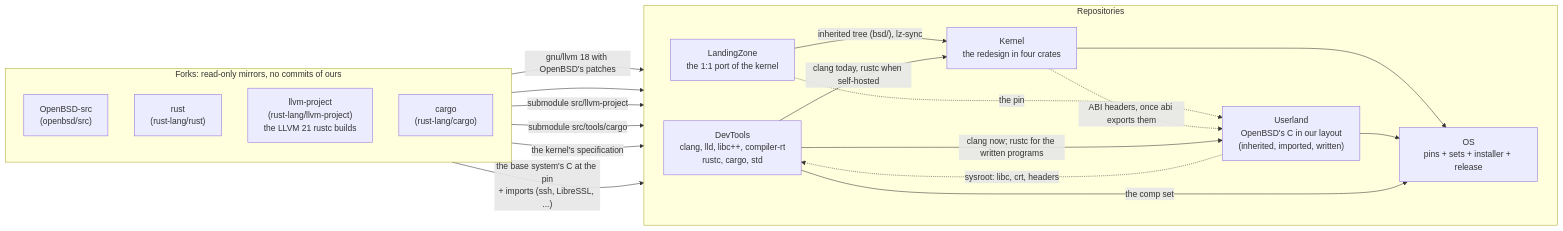
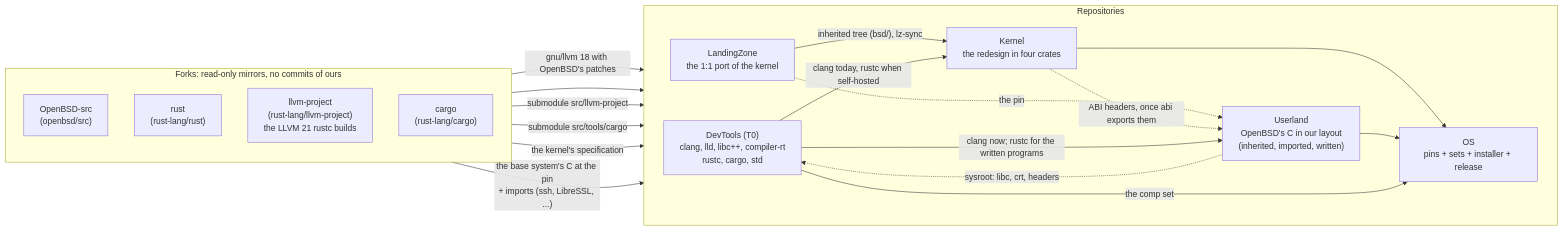
The first of 3 diagrams in docs/architecture.md (EmiBSD/Governance), drawn with Mermaid before and after one commit. The commit also changed other lines of this file and 9 other files, not shown here.

First line of the commit message:
governance: DevTools exists, Portal is Website

````diff
--- a/docs/architecture.md
+++ b/docs/architecture.md
@@ -11,38 +11,38 @@
 ```mermaid
 flowchart LR
     subgraph forks["Forks: read-only mirrors, no commits of ours"]
         direction TB
         obsd["OpenBSD-src<br/>(openbsd/src)"]
         rust["rust<br/>(rust-lang/rust)"]
         llvmrs["llvm-project<br/>(rust-lang/llvm-project)<br/>the LLVM 21 rustc builds"]
         cargo["cargo<br/>(rust-lang/cargo)"]
     end
 
     subgraph repos["Repositories"]
         direction LR
-        dev["DevTools<br/>clang, lld, libc++, compiler-rt<br/>rustc, cargo, std"]
+        dev["DevTools (T0)<br/>clang, lld, libc++, compiler-rt<br/>rustc, cargo, std"]
         lz["LandingZone<br/>the 1:1 port of the kernel"]
         ul["Userland<br/>OpenBSD's C in our layout<br/>(inherited, imported, written)"]
         k["Kernel<br/>the redesign in four crates"]
         os["OS<br/>pins + sets + installer + release"]
     end
 
     obsd -- "gnu/llvm 18 with OpenBSD's patches" --> dev
     rust --> dev
     llvmrs -- "submodule src/llvm-project" --> dev
     cargo -- "submodule src/tools/cargo" --> dev
 
     obsd -- "the kernel's specification" --> lz
     obsd -- "the base system's C at the pin<br/>+ imports (ssh, LibreSSL, ...)" --> ul
     lz -- "inherited tree (bsd/), lz-sync" --> k
     lz -. "the pin" .-> ul
     k -. "ABI headers, once abi exports them" .-> ul
 
     dev -- "clang now; rustc for the written programs" --> ul
     dev -- "clang today, rustc when self-hosted" --> k
     ul -. "sysroot: libc, crt, headers" .-> dev
 
     k --> os
     ul --> os
     dev -- "the comp set" --> os
 ```
````
